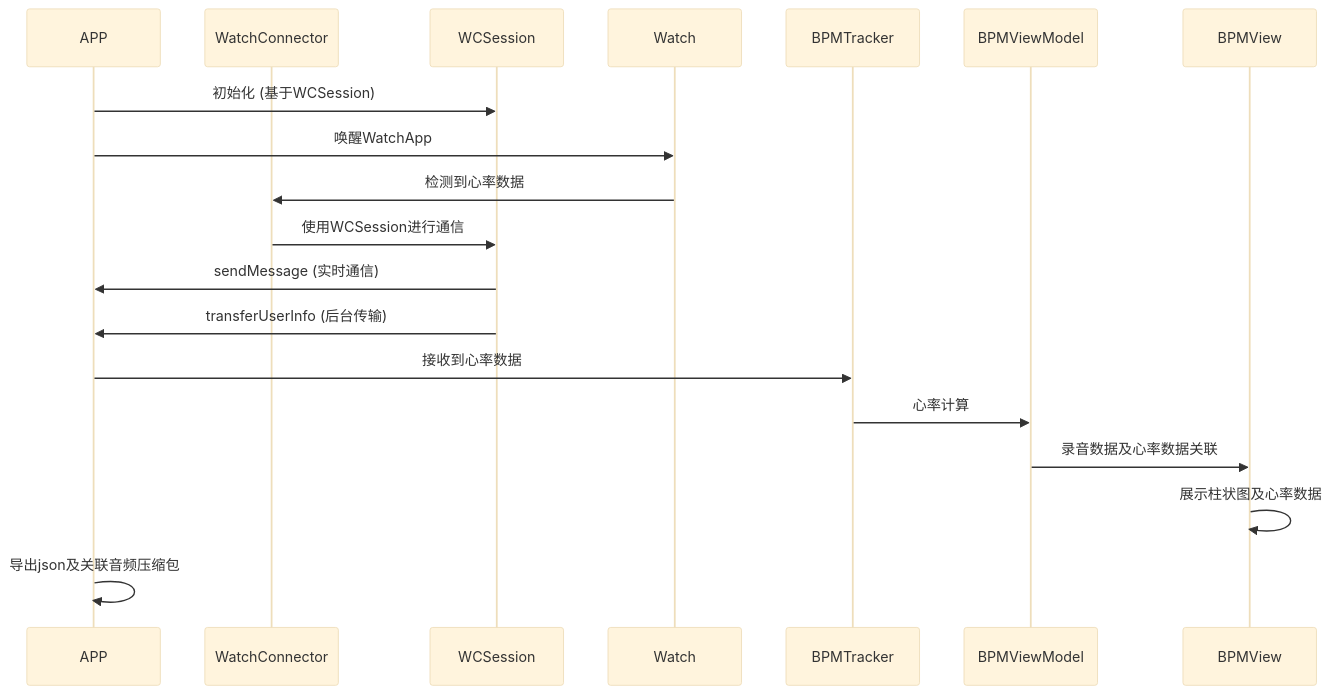
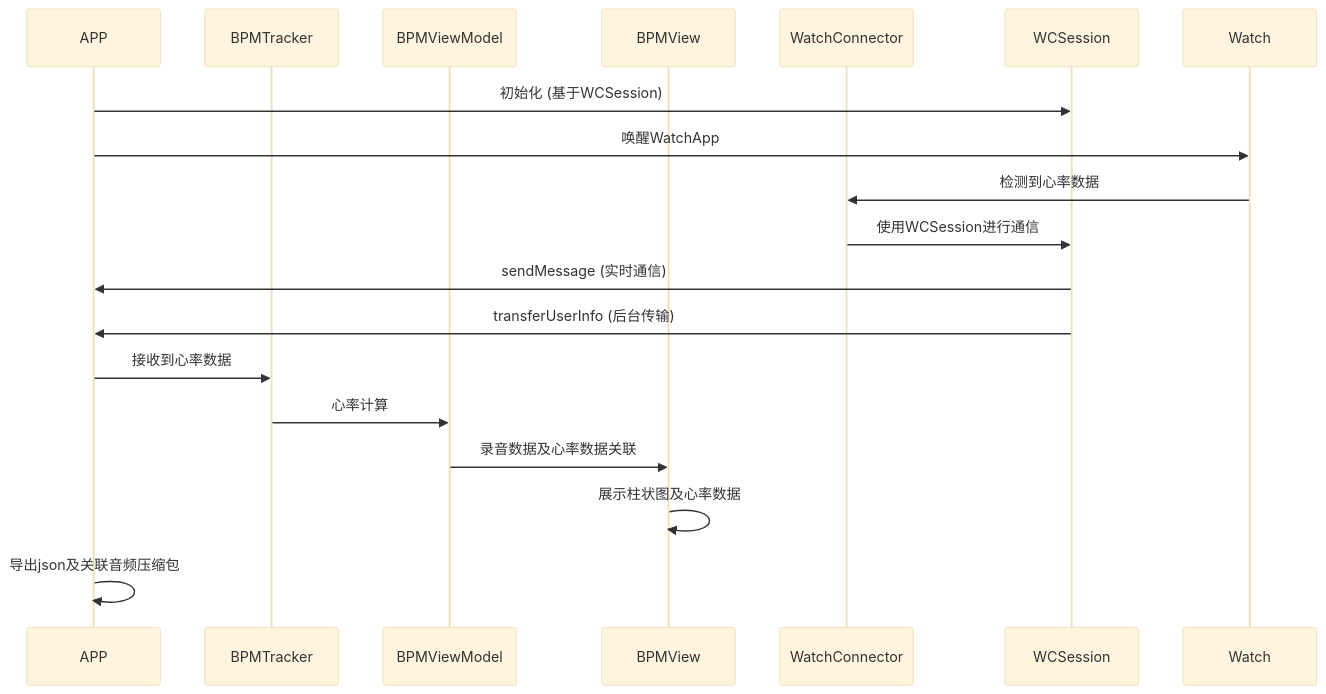
The diagram in README.md (LiuKaoji/HRate), drawn with Mermaid (base theme) before and after one commit. The commit also changed other lines of this file, not shown here.

````diff
--- a/README.md
+++ b/README.md
@@ -24,22 +24,22 @@
 ```mermaid
 sequenceDiagram
     participant A as APP
+    participant BPMTracker
+    participant BPMViewModel
+    participant BPMView
     participant WC as WatchConnector
     participant WCSession
     participant W as Watch
-    participant BPMTracker
-    participant BPMViewModel
-    participant BPMView
 
     A->>WCSession: 初始化 (基于WCSession)
     A->>W: 唤醒WatchApp
     W->>WC: 检测到心率数据
     WC->>WCSession: 使用WCSession进行通信
     WCSession->>A: sendMessage (实时通信)
     WCSession->>A: transferUserInfo (后台传输)
     A->>BPMTracker: 接收到心率数据
     BPMTracker->>BPMViewModel: 心率计算
     BPMViewModel->>BPMView: 录音数据及心率数据关联
     BPMView->>BPMView: 展示柱状图及心率数据
     A->>A: 导出json及关联音频压缩包
 ```
````
